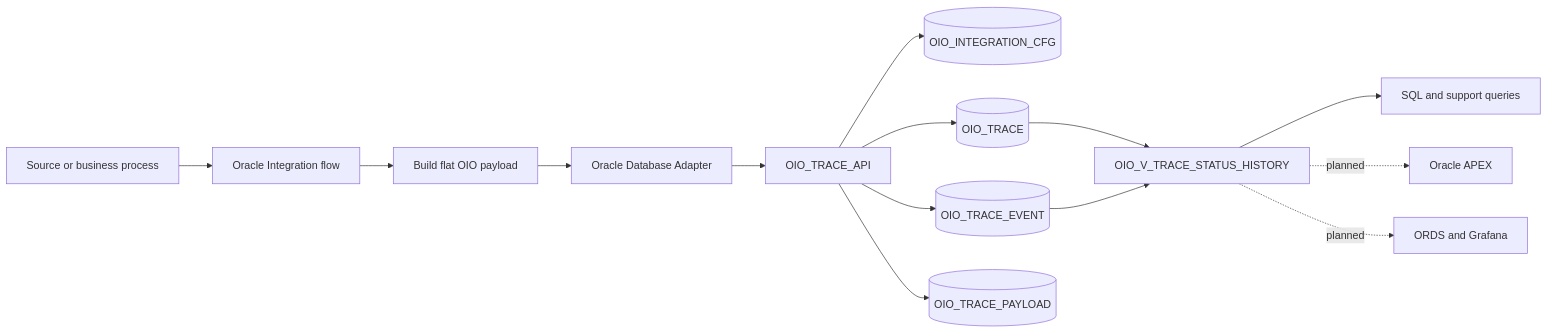
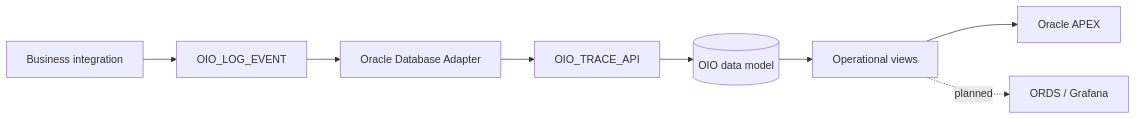
The diagram in README.md (lucianosilva/oracle-integration-observability), drawn with Mermaid before and after one commit. The commit also changed other lines of this file and 4 other files, not shown here.

````diff
--- a/README.md
+++ b/README.md
@@ -24,19 +17,11 @@
 ```mermaid
 flowchart LR
-    A[Source or business process] --> B[Oracle Integration flow]
-    B --> C[Build flat OIO payload]
-    C --> D[Oracle Database Adapter]
-    D --> E[OIO_TRACE_API]
+    A[Business integration] --> B[OIO_LOG_EVENT]
+    B --> C[Oracle Database Adapter]
+    C --> D[OIO_TRACE_API]
 
-    E --> F[(OIO_INTEGRATION_CFG)]
-    E --> G[(OIO_TRACE)]
-    E --> H[(OIO_TRACE_EVENT)]
-    E --> I[(OIO_TRACE_PAYLOAD)]
-
-    G --> J[OIO_V_TRACE_STATUS_HISTORY]
-    H --> J
-
-    J --> K[SQL and support queries]
-    J -. planned .-> L[Oracle APEX]
-    J -. planned .-> M[ORDS and Grafana]
+    D --> E[(OIO data model)]
+    E --> F[Operational views]
+    F --> G[Oracle APEX]
+    F -. planned .-> H[ORDS / Grafana]
 ```
````
